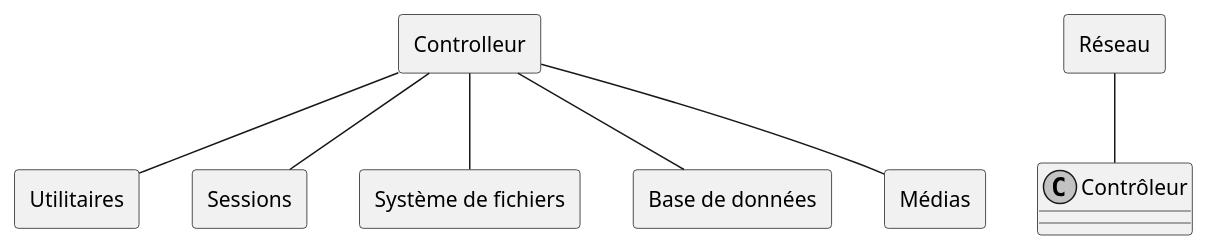
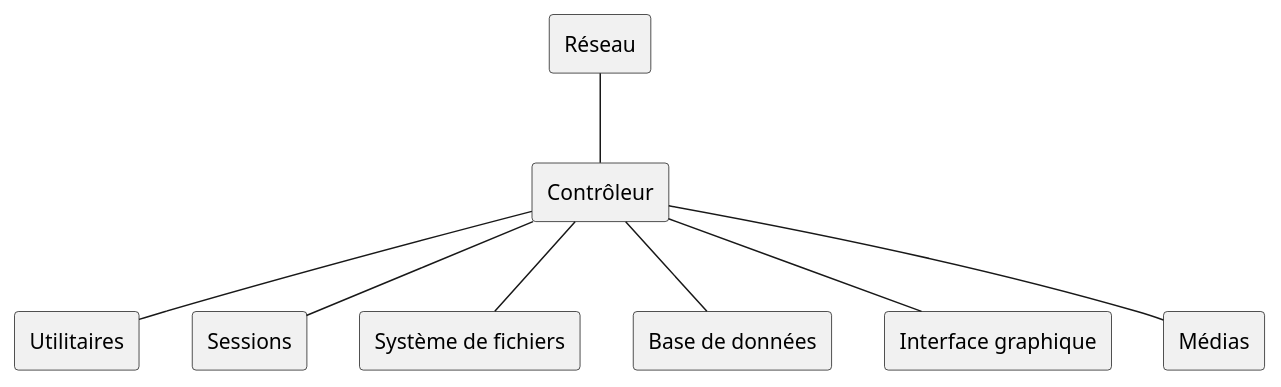
The diagram in doc/PRO/UML/Architecture.puml (heig-vd-pro2017/projet), drawn with PlantUML before and after one commit. The commit also changed 1 other file, not shown here.

Commit message:
Updated Architecture diagram and figures layout

```diff
--- a/doc/PRO/UML/Architecture.puml
+++ b/doc/PRO/UML/Architecture.puml
@@ -1,39 +1,43 @@
 @startuml
 
 skinparam monochrome true
 
 package "Utilitaires" <<Rectangle>> {
 }
 
 package "Réseau" <<Rectangle>> {
 }
 
 package "Sessions" <<Rectangle>> {
 }
 
-package "Controlleur" <<Rectangle>> {
+package "Contrôleur" <<Rectangle>> {
 }
 
 package "Système de fichiers" <<Rectangle>> {
 }
 
 package "Base de données" <<Rectangle>> {
 }
 
+package "Interface graphique" <<Rectangle>> {
+}
 
 package "Médias" <<Rectangle>> {
 }
 
 "Réseau" -- "Contrôleur"
 
-"Controlleur" -- "Sessions"
+"Contrôleur" -- "Sessions"
 
-"Controlleur" -- "Base de données"
+"Contrôleur" -- "Base de données"
 
-"Controlleur" -- "Utilitaires"
+"Contrôleur" -- "Utilitaires"
 
-"Controlleur" -- "Système de fichiers"
+"Contrôleur" -- "Système de fichiers"
 
-"Controlleur" -- "Médias"
+"Contrôleur" -- "Interface graphique"
+
+"Contrôleur" -- "Médias"
 
 @enduml
```
